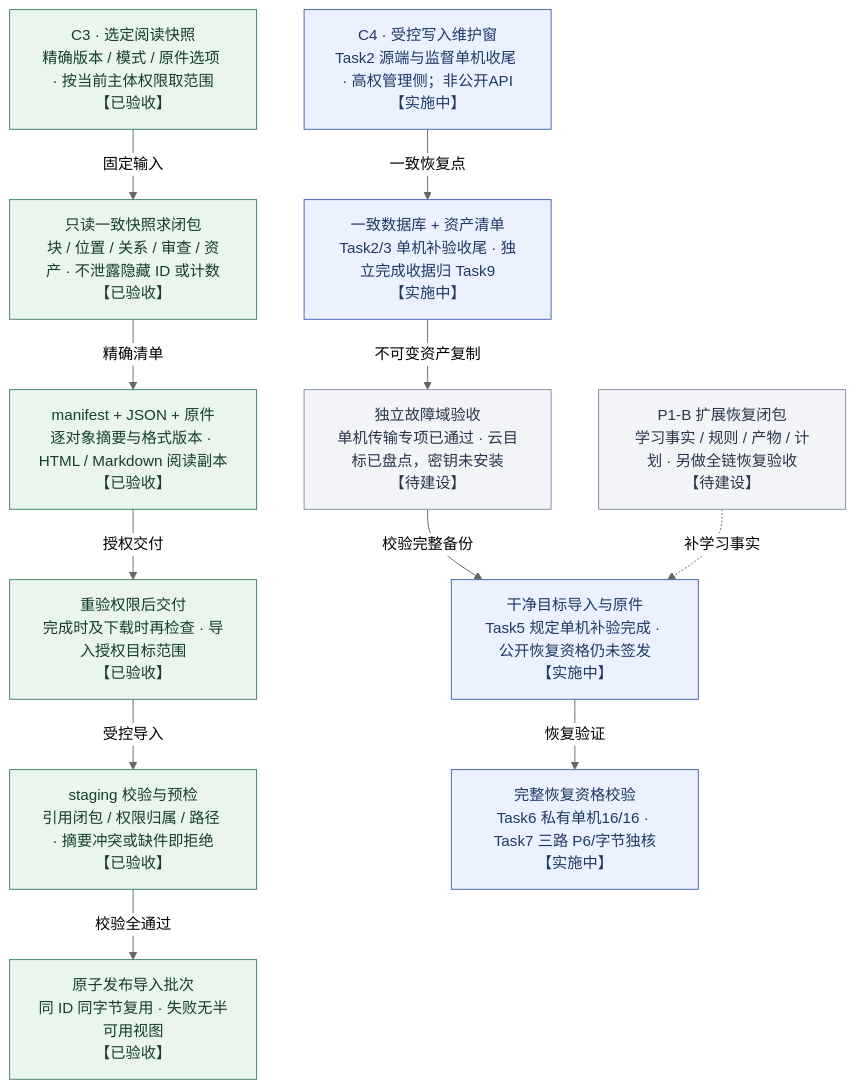
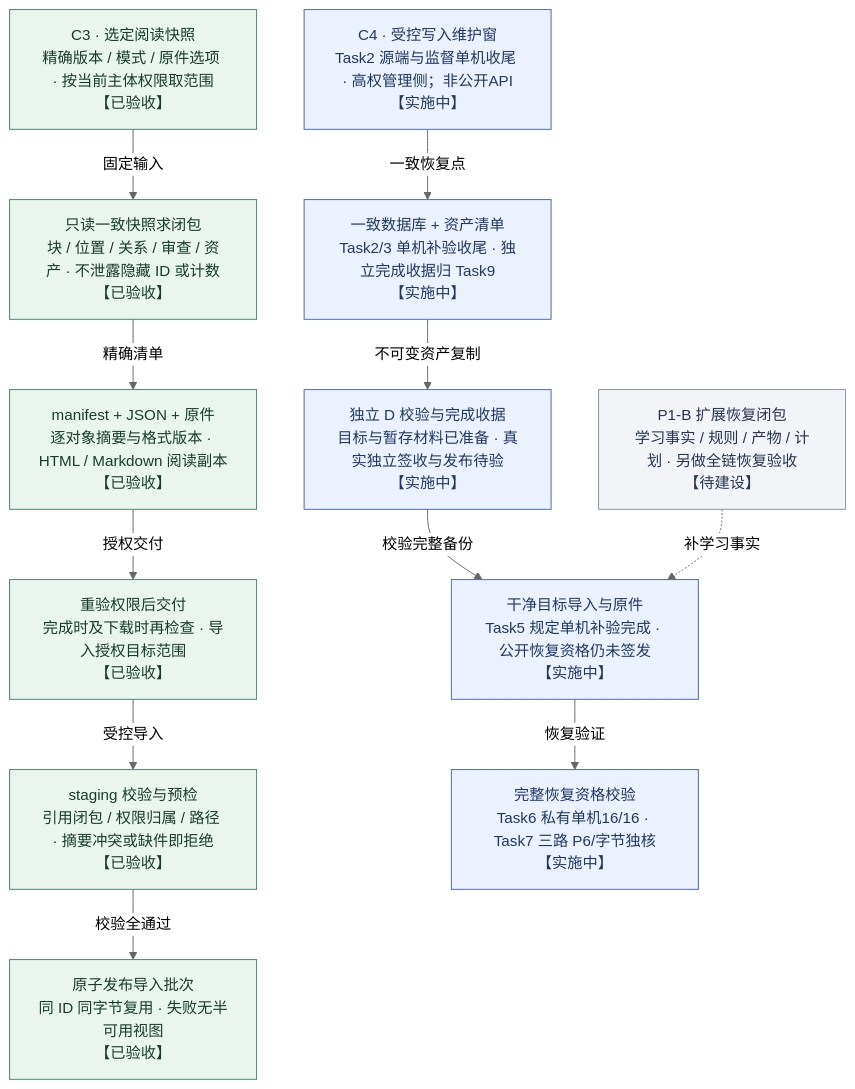
The diagram in docs/diagrams/knowweave-portability.mmd (MansurnamedZhang/learning-system-p0c4), drawn with Mermaid (neutral theme) before and after one commit. The commit also changed 35 other files, not shown here.

Commit message:
docs(architecture): review KnowWeave and replan evidence-bound delivery

```diff
--- a/docs/diagrams/knowweave-portability.mmd
+++ b/docs/diagrams/knowweave-portability.mmd
@@ -1,30 +1,30 @@
 flowchart TB
     view["C3 · 选定阅读快照<br/>精确版本 / 模式 / 原件选项 · 按当前主体权限取范围<br/>【已验收】"]
     closure["只读一致快照求闭包<br/>块 / 位置 / 关系 / 审查 / 资产 · 不泄露隐藏 ID 或计数<br/>【已验收】"]
     bundle["manifest + JSON + 原件<br/>逐对象摘要与格式版本 · HTML / Markdown 阅读副本<br/>【已验收】"]
     visible["原子发布导入批次<br/>同 ID 同字节复用 · 失败无半可用视图<br/>【已验收】"]
     preflight["staging 校验与预检<br/>引用闭包 / 权限归属 / 路径 · 摘要冲突或缺件即拒绝<br/>【已验收】"]
     delivery["重验权限后交付<br/>完成时及下载时再检查 · 导入授权目标范围<br/>【已验收】"]
     pause["C4 · 受控写入维护窗<br/>Task2 源端与监督单机收尾 · 高权管理侧；非公开API<br/>【实施中】"]
     backup["一致数据库 + 资产清单<br/>Task2/3 单机补验收尾 · 独立完成收据归 Task9<br/>【实施中】"]
-    copy["独立故障域验收<br/>单机传输专项已通过 · 云目标已盘点，密钥未安装<br/>【待建设】"]
+    copy["独立 D 校验与完成收据<br/>目标与暂存材料已准备 · 真实独立签收与发布待验<br/>【实施中】"]
     check["完整恢复资格校验<br/>Task6 私有单机16/16 · Task7 三路 P6/字节独核<br/>【实施中】"]
     restore["干净目标导入与原件<br/>Task5 规定单机补验完成 · 公开恢复资格仍未签发<br/>【实施中】"]
     future["P1-B 扩展恢复闭包<br/>学习事实 / 规则 / 产物 / 计划 · 另做全链恢复验收<br/>【待建设】"]
     view -- "固定输入" --> closure
     closure -- "精确清单" --> bundle
     bundle -- "授权交付" --> delivery
     delivery -- "受控导入" --> preflight
     preflight -- "校验全通过" --> visible
     pause -- "一致恢复点" --> backup
     backup -- "不可变资产复制" --> copy
     copy -- "校验完整备份" --> restore
     restore -- "恢复验证" --> check
     future -. "补学习事实" .-> restore
     class view,closure,bundle,visible,preflight,delivery done
-    class pause,backup,check,restore next
-    class copy,future planned
+    class pause,backup,copy,check,restore next
+    class future planned
     classDef done fill:#eaf5ee,stroke:#438363,color:#173d2b
     classDef next fill:#ebf1ff,stroke:#4365b4,color:#203866
     classDef planned fill:#f2f4f8,stroke:#8591a3,color:#28354b
     classDef optional fill:#f3ecfb,stroke:#9271b0,color:#4a3362
```
